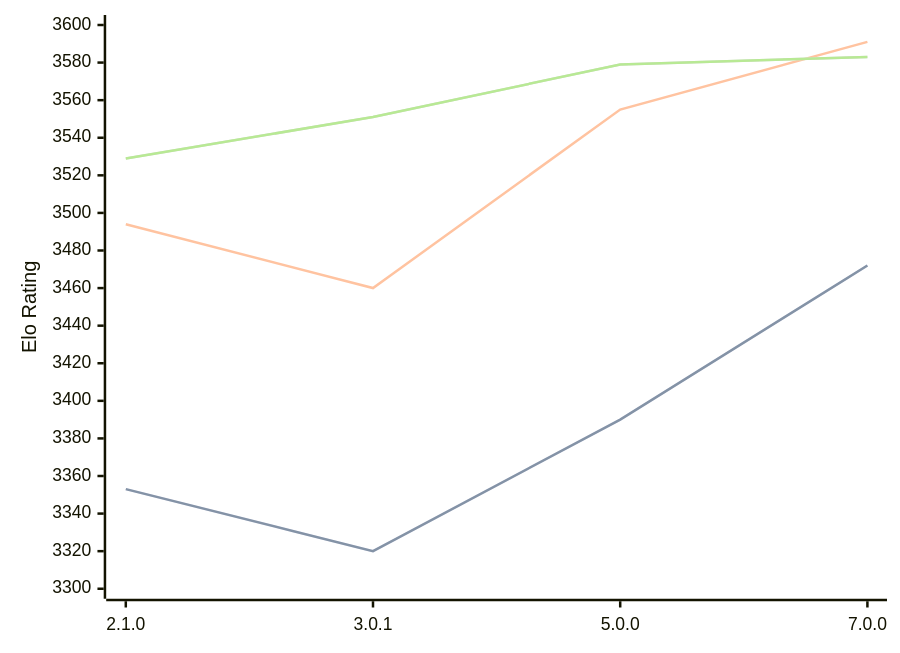
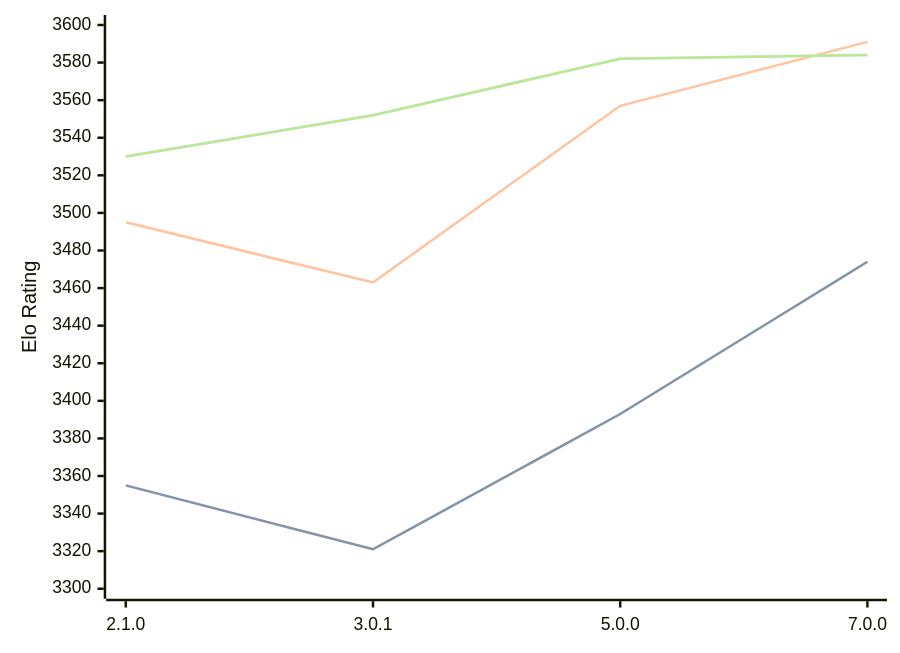
The diagram in engines/PlentyChess.md (computer-chess-index/cci), drawn with Mermaid before and after one commit. The commit also changed other lines of this file, not shown here.

Commit message:
Update CCI Ratings (ELO VLTC) - 2026-04-11

````diff
--- a/engines/PlentyChess.md
+++ b/engines/PlentyChess.md
@@ -45,11 +45,11 @@
 ```mermaid
 %%{init: {"theme":"base","themeVariables":{"seriesColors:['#a3a3a3','#222221','#faa371']}}}%%
 xychart-beta
   x-axis ["2.1.0", "3.0.1", "5.0.0", "7.0.0"]
   y-axis "Elo Rating" 3300 --> 3600
-  line "STC (8.0+0.08s)" [3353, 3320, 3390, 3472]
-  line "STC (8.0+0.08s)" [3353, 3320, 3390, 3472]
-  line "LTC (60.0+0.60s)" [3494, 3460, 3555, 3591]
-  line "VLTC (2m24s+1.12s)" [3529, 3551, 3579, 3583]
-  line "VLTC (2m24s+1.12s)" [3529, 3551, 3579, 3583]
+  line "STC (8.0+0.08s)" [3355, 3321, 3393, 3474]
+  line "STC (8.0+0.08s)" [3355, 3321, 3393, 3474]
+  line "LTC (60.0+0.60s)" [3495, 3463, 3557, 3591]
+  line "VLTC (2m24s+1.12s)" [3530, 3552, 3582, 3584]
+  line "VLTC (2m24s+1.12s)" [3530, 3552, 3582, 3584]
 ```
````
